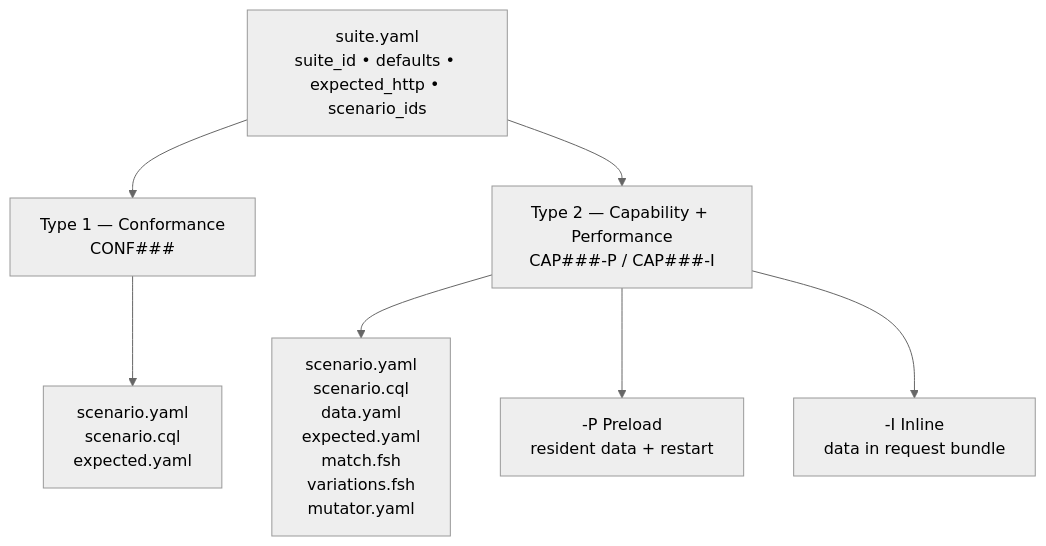
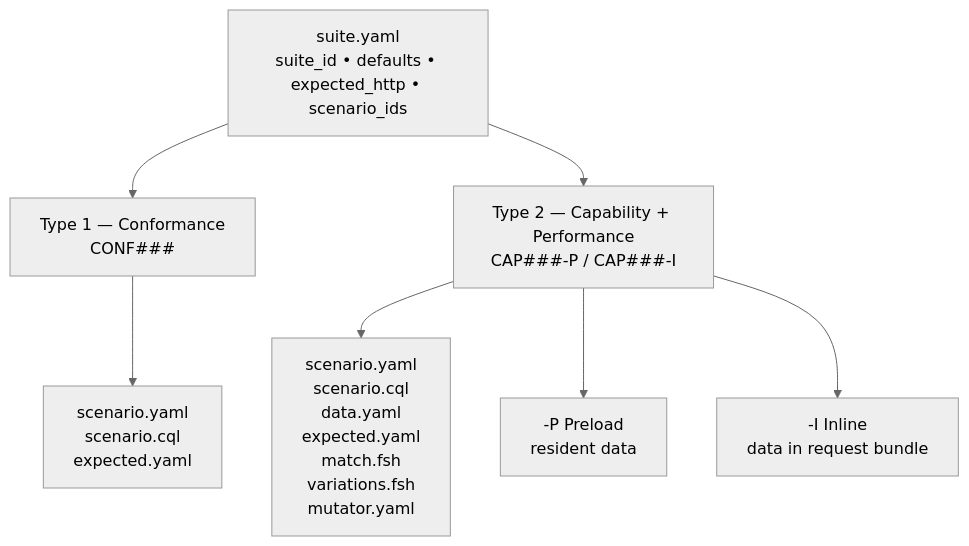
Before and after one commit to carreraGroup/cqf-bench: the third of 4 diagrams in docs-site/src/content/docs/diagrams.md, drawn with Mermaid (neutral theme). The commit also changed other lines of this file and 64 other files, not shown here.

````diff
--- a/docs-site/src/content/docs/diagrams.md
+++ b/docs-site/src/content/docs/diagrams.md
@@ -77,14 +76,14 @@
 ```mermaid
 flowchart TD
   SUITE[suite.yaml<br/>suite_id • defaults • expected_http • scenario_ids]
 
   SUITE --> CONF[Type 1 — Conformance<br/>CONF###]
   SUITE --> CAP[Type 2 — Capability + Performance<br/>CAP###-P / CAP###-I]
 
   CONF --> CFILES[scenario.yaml<br/>scenario.cql<br/>expected.yaml]
 
   CAP --> PFILES[scenario.yaml<br/>scenario.cql<br/>data.yaml<br/>expected.yaml<br/>match.fsh<br/>variations.fsh<br/>mutator.yaml]
 
-  CAP --> P[-P Preload<br/>resident data + restart]
+  CAP --> P[-P Preload<br/>resident data]
   CAP --> I[-I Inline<br/>data in request bundle]
 ```
````
